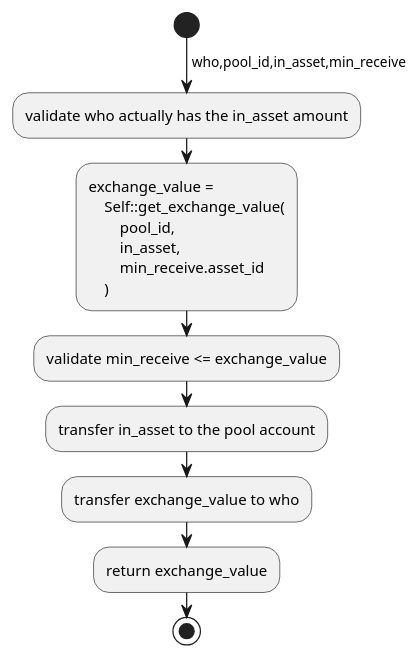
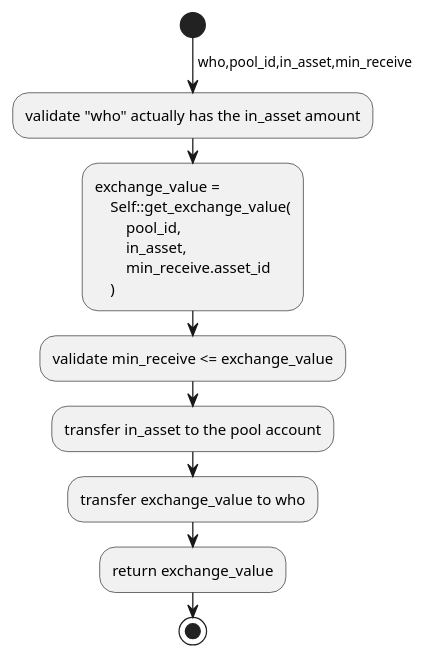
One commit to ComposableFi/composable changed the third of 4 diagrams in rfcs/0008-pablo-lbp-cpp/0008-pablo-lbp-cpp-restructure.adoc. Above: the diagram before and after it, drawn with PlantUML. The commit also changed other lines of this file, not shown here.

```diff
--- a/rfcs/0008-pablo-lbp-cpp/0008-pablo-lbp-cpp-restructure.adoc
+++ b/rfcs/0008-pablo-lbp-cpp/0008-pablo-lbp-cpp-restructure.adoc
@@ -310,17 +334,17 @@
 [plantuml,images/pablo-amm-exchange,png]
 ----
 start
 ->who,pool_id,in_asset,min_receive;
-:validate who actually has the in_asset amount;
+:validate "who" actually has the in_asset amount;
 :exchange_value =
     Self::get_exchange_value(
         pool_id,
         in_asset,
         min_receive.asset_id
     );
 :validate min_receive <= exchange_value;
 :transfer in_asset to the pool account;
 :transfer exchange_value to who;
 :return exchange_value;
 stop
 ----
```
